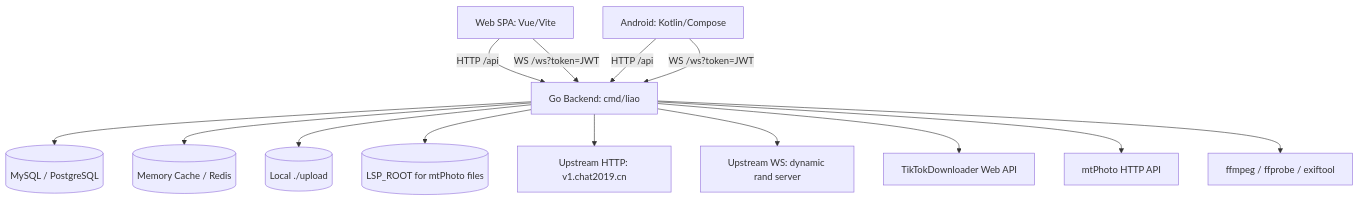
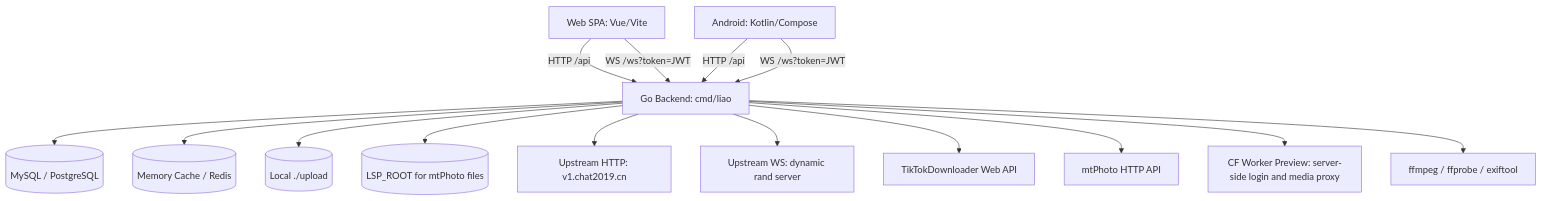
One commit to zcw199604/liao changed the first of 3 diagrams in helloagents/master/wiki/arch.md. Above: the diagram before and after it, drawn with Mermaid. The commit also changed other lines of this file and 24 other files, not shown here.

````diff
--- a/helloagents/master/wiki/arch.md
+++ b/helloagents/master/wiki/arch.md
@@ -5,16 +5,17 @@
 ```mermaid
 flowchart TD
   Web[Web SPA: Vue/Vite] -->|HTTP /api| Go[Go Backend: cmd/liao]
   Web -->|WS /ws?token=JWT| Go
   Android[Android: Kotlin/Compose] -->|HTTP /api| Go
   Android -->|WS /ws?token=JWT| Go
   Go --> DB[(MySQL / PostgreSQL)]
   Go --> Cache[(Memory Cache / Redis)]
   Go --> Upload[(Local ./upload)]
   Go --> Lsp[(LSP_ROOT for mtPhoto files)]
   Go --> UpHTTP[Upstream HTTP: v1.chat2019.cn]
   Go --> UpWS[Upstream WS: dynamic rand server]
   Go --> TD[TikTokDownloader Web API]
   Go --> MT[mtPhoto HTTP API]
+  Go --> CF[CF Worker Preview: server-side login and media proxy]
   Go --> Tools[ffmpeg / ffprobe / exiftool]
 ```
````
